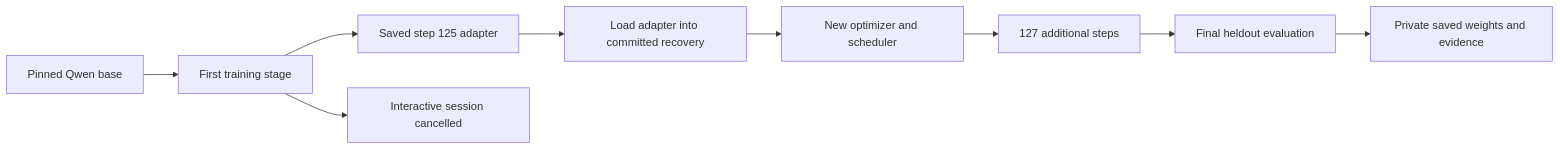
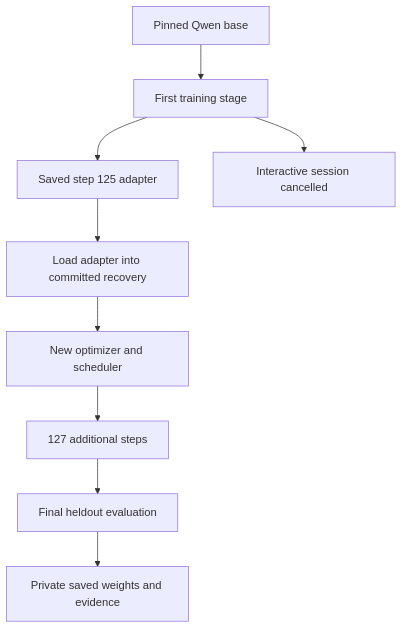
Before and after one commit to itsppm76/Elysium-X-150-FR: the third of 4 diagrams in DOCUMENTATION.md, drawn with Mermaid.

Commit message:
Improve training workflow readability in the detailed guide

````diff
--- a/DOCUMENTATION.md
+++ b/DOCUMENTATION.md
@@ -223,11 +223,11 @@
 ```mermaid
-flowchart LR
+flowchart TD
   A[Pinned Qwen base] --> B[First training stage]
   B --> C[Saved step 125 adapter]
   B --> D[Interactive session cancelled]
   C --> E[Load adapter into committed recovery]
   E --> F[New optimizer and scheduler]
   F --> G[127 additional steps]
   G --> H[Final heldout evaluation]
   H --> I[Private saved weights and evidence]
 ```
````
